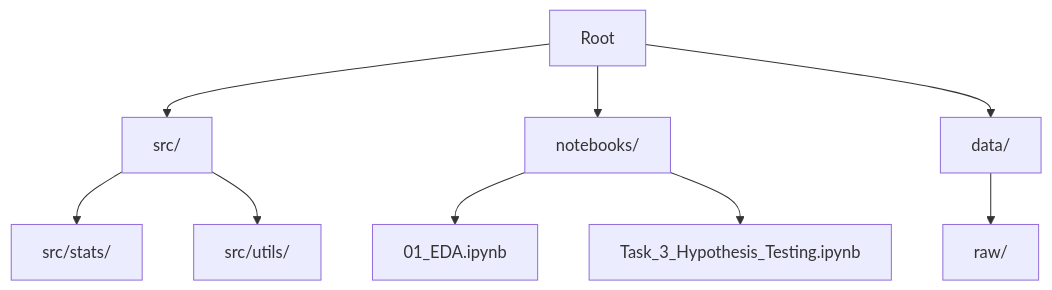
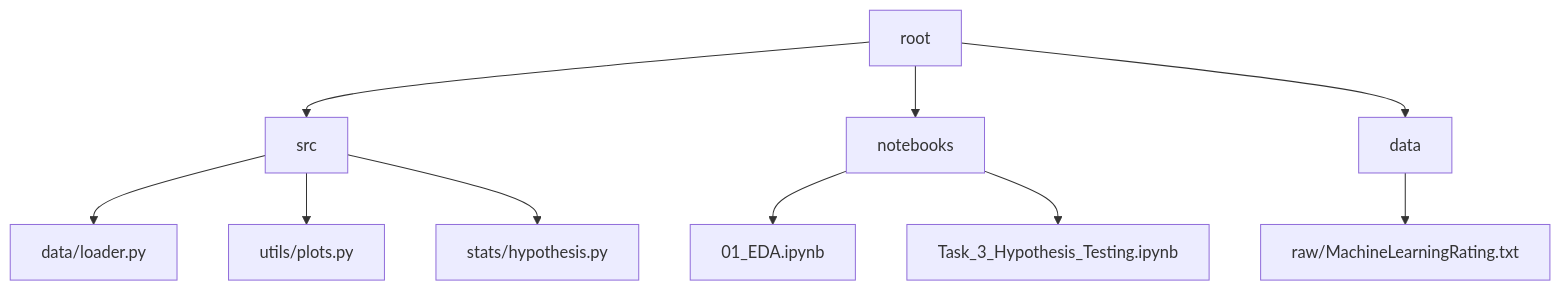
One commit to Miftah-Ebrahim/Insurance-claims-Intelligence changed the diagram in README.md. Above: the diagram before and after it, drawn with Mermaid. The commit also changed other lines of this file and 11 other files, not shown here.

````diff
--- a/README.md
+++ b/README.md
@@ -43,11 +72,12 @@
 ```mermaid
 graph TD;
-    A[Root] --> B[src/];
-    A --> C[notebooks/];
-    A --> D[data/];
-    B --> E[src/stats/];
-    B --> F[src/utils/];
-    C --> G[01_EDA.ipynb];
-    C --> H[Task_3_Hypothesis_Testing.ipynb];
-    D --> I[raw/];
+    A[root] --> B[src];
+    B --> B1[data/loader.py];
+    B --> B2[utils/plots.py];
+    B --> B3[stats/hypothesis.py];
+    A --> C[notebooks];
+    C --> C1[01_EDA.ipynb];
+    C --> C2[Task_3_Hypothesis_Testing.ipynb];
+    A --> D[data];
+    D --> D1[raw/MachineLearningRating.txt];
 ```
````
